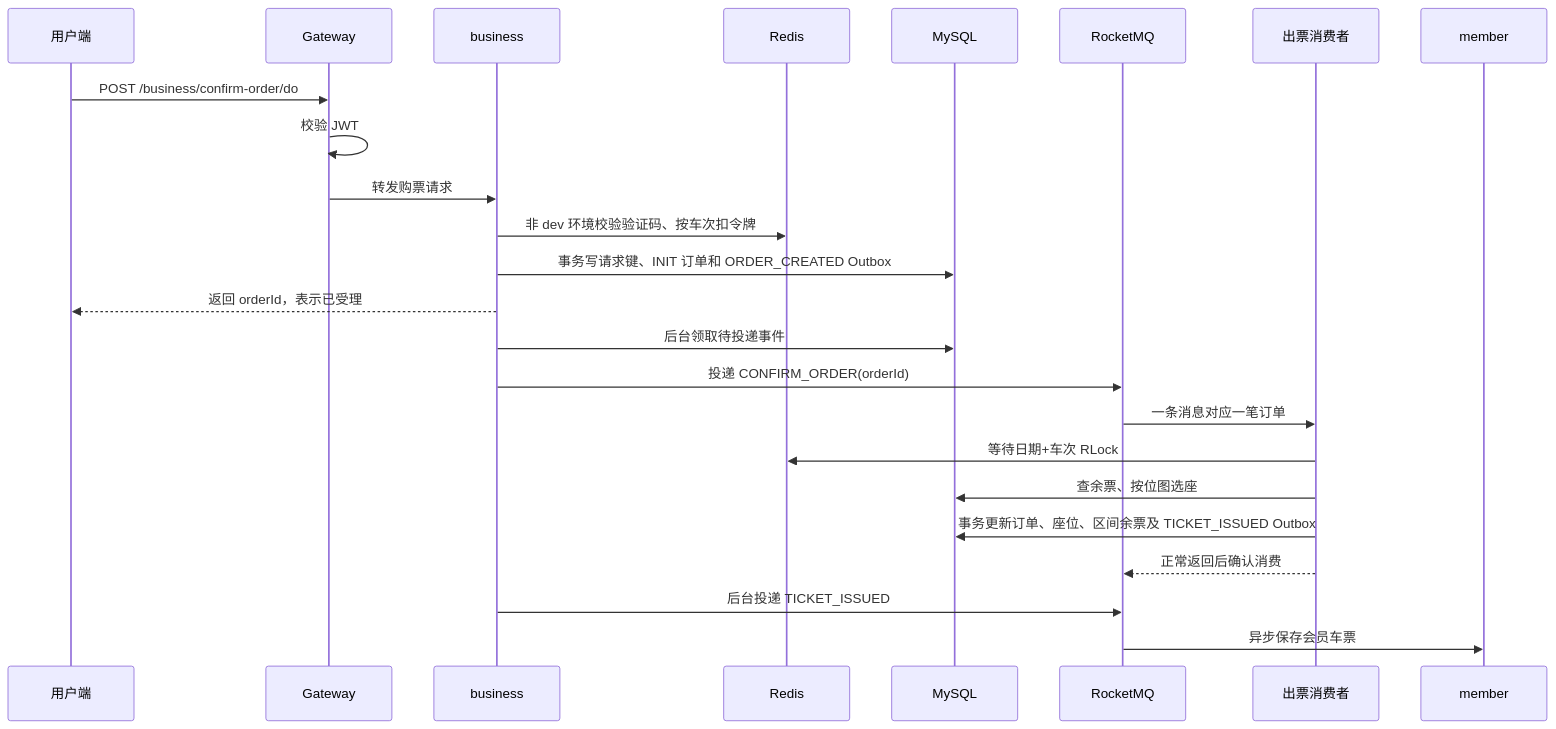
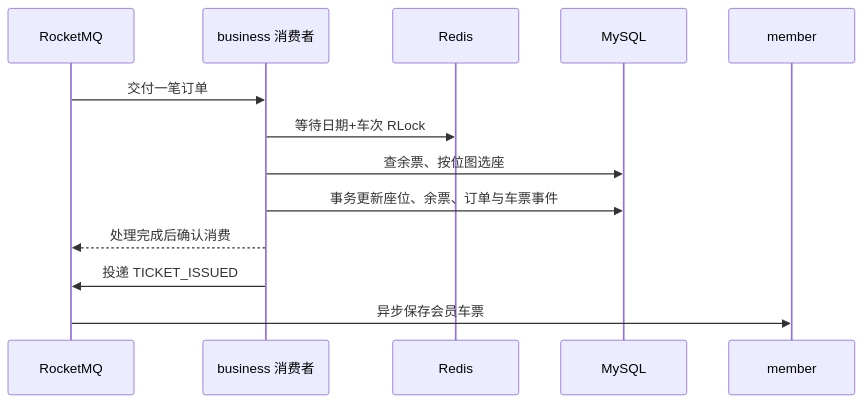
The third of 4 diagrams in README.md (yali325/train-12306-system), drawn with Mermaid before and after one commit. The commit also changed other lines of this file, not shown here.

Commit message:
修正 README 与当前购票实现一致

````diff
--- a/README.md
+++ b/README.md
@@ -99,27 +118,15 @@
 ```mermaid
 sequenceDiagram
-    participant Web as 用户端
-    participant Gateway as Gateway
-    participant Business as business
-    participant Redis as Redis
-    participant DB as MySQL
-    participant MQ as RocketMQ
-    participant Consumer as 出票消费者
-    participant Member as member
-
-    Web->>Gateway: POST /business/confirm-order/do
-    Gateway->>Gateway: 校验 JWT
-    Gateway->>Business: 转发购票请求
-    Business->>Redis: 非 dev 环境校验验证码、按车次扣令牌
-    Business->>DB: 事务写请求键、INIT 订单和 ORDER_CREATED Outbox
-    Business-->>Web: 返回 orderId，表示已受理
-    Business->>DB: 后台领取待投递事件
-    Business->>MQ: 投递 CONFIRM_ORDER(orderId)
-    MQ->>Consumer: 一条消息对应一笔订单
-    Consumer->>Redis: 等待日期+车次 RLock
-    Consumer->>DB: 查余票、按位图选座
-    Consumer->>DB: 事务更新订单、座位、区间余票及 TICKET_ISSUED Outbox
-    Consumer-->>MQ: 正常返回后确认消费
-    Business->>MQ: 后台投递 TICKET_ISSUED
-    MQ->>Member: 异步保存会员车票
+    participant Q as RocketMQ
+    participant B as business 消费者
+    participant R as Redis
+    participant D as MySQL
+    participant M as member
+    Q->>B: 交付一笔订单
+    B->>R: 等待日期+车次 RLock
+    B->>D: 查余票、按位图选座
+    B->>D: 事务更新座位、余票、订单与车票事件
+    B-->>Q: 处理完成后确认消费
+    B->>Q: 投递 TICKET_ISSUED
+    Q->>M: 异步保存会员车票
 ```
````
